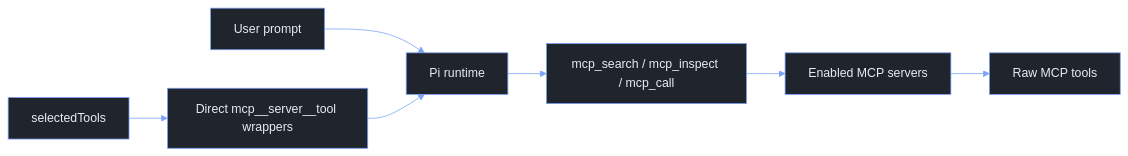
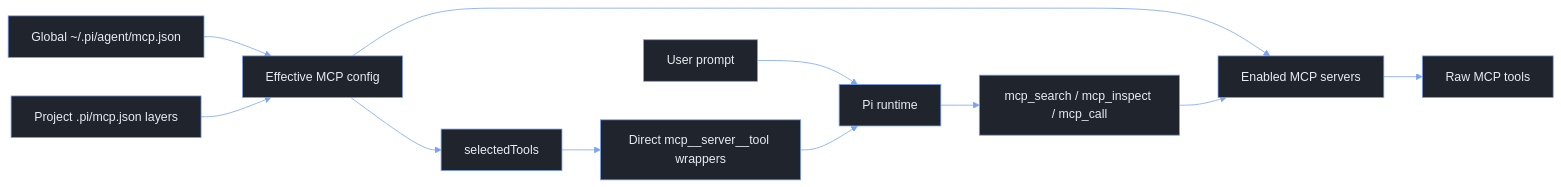
One commit to benjaminwestern/dotfiles changed the diagram in Configs/pi/.pi/agent/extensions/README.md. Above: the diagram before and after it, drawn with Mermaid. The commit also changed other lines of this file and 6 other files, not shown here.

````diff
--- a/Configs/pi/.pi/agent/extensions/README.md
+++ b/Configs/pi/.pi/agent/extensions/README.md
@@ -140,10 +550,14 @@
 ```mermaid
 %%{init: {"theme": "base", "themeVariables": {"primaryColor": "#20242c", "primaryTextColor": "#e6edf3", "primaryBorderColor": "#7aa2f7", "lineColor": "#7aa2f7", "secondaryColor": "#161b22", "tertiaryColor": "#0d1117"}}}%%
 flowchart LR
+    Global[Global ~/.pi/agent/mcp.json] --> Merge[Effective MCP config]
+    Project[Project .pi/mcp.json layers] --> Merge
     User[User prompt] --> Pi[Pi runtime]
     Pi --> Router[mcp_search / mcp_inspect / mcp_call]
-    Router --> Enabled[Enabled MCP servers]
+    Merge --> Enabled[Enabled MCP servers]
+    Router --> Enabled
     Enabled --> Tool[Raw MCP tools]
-    Config[selectedTools] --> Direct[Direct mcp__server__tool wrappers]
+    Merge --> Selected[selectedTools]
+    Selected --> Direct[Direct mcp__server__tool wrappers]
     Direct --> Pi
 ```
````
